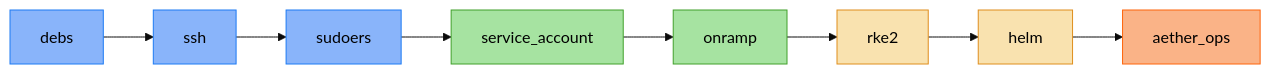
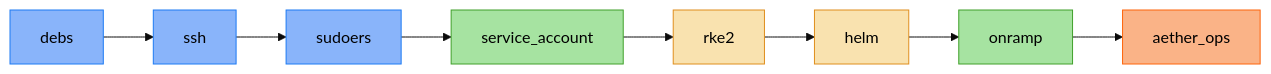
One commit to aether-gui/aether-ops-bootstrap changed the diagram in website/docs/bootstrap-guide/components.md. Above: the diagram before and after it, drawn with Mermaid (base theme). The commit also changed other lines of this file and 19 other files, not shown here.

````diff
--- a/website/docs/bootstrap-guide/components.md
+++ b/website/docs/bootstrap-guide/components.md
@@ -53,14 +53,14 @@
 ```mermaid
 flowchart LR
     debs --> ssh --> sudoers --> sa["service_account"]
-    sa --> onramp --> rke2 --> helm --> aops["aether_ops"]
+    sa --> rke2 --> helm --> onramp --> aops["aether_ops"]
 
     style debs fill:#89b4fa,stroke:#1d7af3,color:#000
     style ssh fill:#89b4fa,stroke:#1d7af3,color:#000
     style sudoers fill:#89b4fa,stroke:#1d7af3,color:#000
     style sa fill:#a6e3a1,stroke:#40a02b,color:#000
     style onramp fill:#a6e3a1,stroke:#40a02b,color:#000
     style rke2 fill:#f9e2af,stroke:#df8e1d,color:#000
     style helm fill:#f9e2af,stroke:#df8e1d,color:#000
     style aops fill:#fab387,stroke:#fe640b,color:#000
 ```
````
